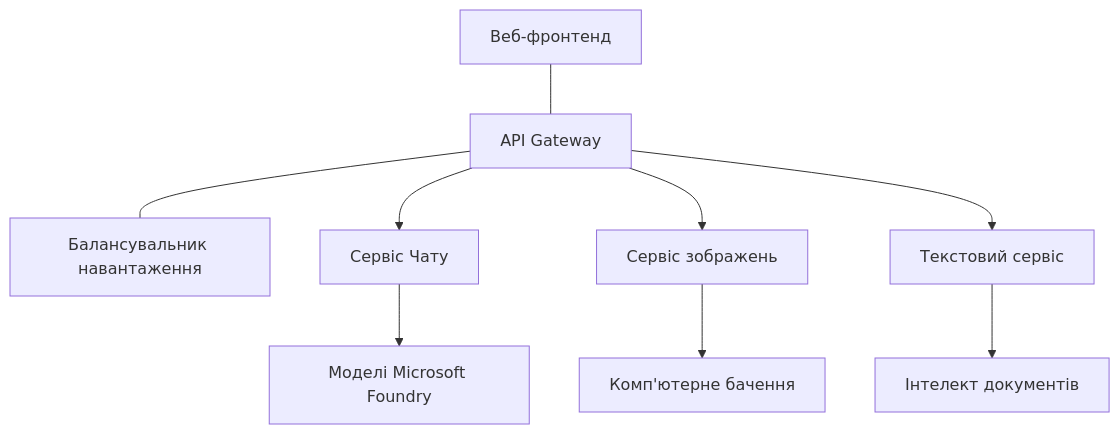
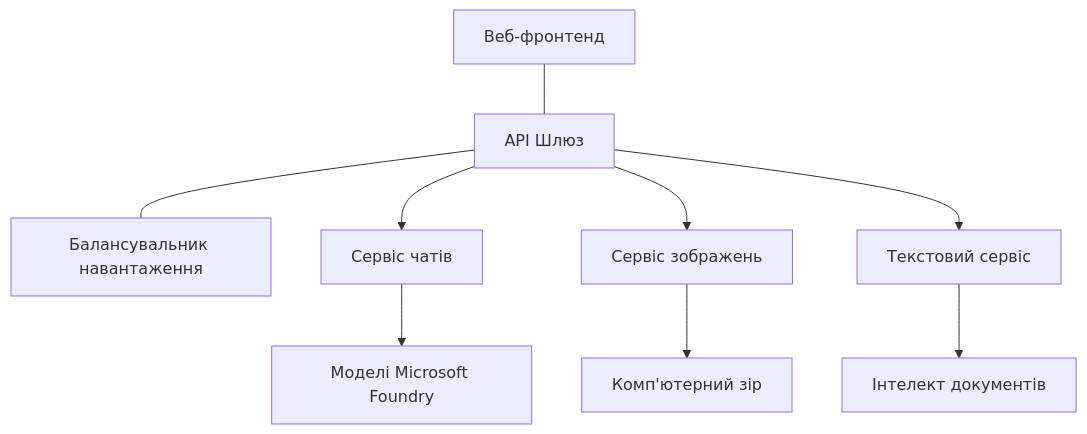
Before and after one commit to microsoft/AZD-for-beginners: the diagram in translations/uk/docs/chapter-08-production/production-ai-practices.md, drawn with Mermaid. The commit also changed other lines of this file and 101 other files, not shown here.

````diff
--- a/translations/uk/docs/chapter-08-production/production-ai-practices.md
+++ b/translations/uk/docs/chapter-08-production/production-ai-practices.md
@@ -30,10 +30,10 @@
 ```mermaid
 graph TD
-    Frontend[Веб-фронтенд] --- Gateway[API Gateway] --- LB[Балансувальник навантаження]
-    Gateway --> Chat[Сервіс Чату]
+    Frontend[Веб-фронтенд] --- Gateway[API Шлюз] --- LB[Балансувальник навантаження]
+    Gateway --> Chat[Сервіс чатів]
     Gateway --> Image[Сервіс зображень]
     Gateway --> Text[Текстовий сервіс]
     Chat --> OpenAI[Моделі Microsoft Foundry]
-    Image --> Vision[Комп'ютерне бачення]
+    Image --> Vision[Комп'ютерний зір]
     Text --> DocIntel[Інтелект документів]
 ```
````
